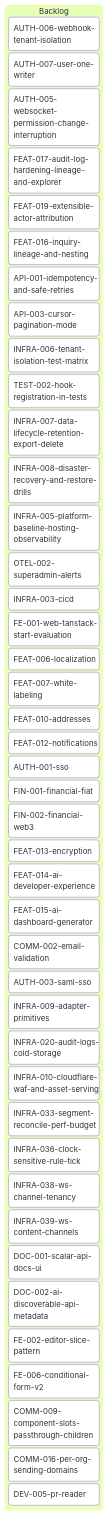
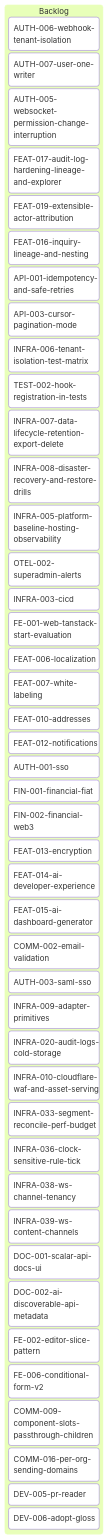
Before and after one commit to inixiative/template: the diagram in tickets/kanban-backlog.md, drawn with Mermaid. The commit also changed other lines of this file and 1 other file, not shown here.

Commit message:
tickets: DEV-006 adopt gloss in template, then Kingdom and Tribe
Aron 11-02: "we need to get the template under Gloss soon". Written from Zealot's
adoption (ZLT-4395) and its follow-ups: the vacuous gate (ZLT-4530), harvested
security constraints (ZLT-4610), a dangling dagger (ZLT-4617), lint at commit (ZLT-5945).

````diff
--- a/tickets/kanban-backlog.md
+++ b/tickets/kanban-backlog.md
@@ -3,51 +3,52 @@
 ```mermaid
 ---
 config:
   kanban:
     ticketBaseUrl: 'https://github.com/yourorg/template/blob/main/tickets/#TICKET#'
 ---
 kanban
   Backlog
     AUTH-006-webhook-tenant-isolation
     AUTH-007-user-one-writer
     AUTH-005-websocket-permission-change-interruption
     FEAT-017-audit-log-hardening-lineage-and-explorer
     FEAT-019-extensible-actor-attribution
     FEAT-016-inquiry-lineage-and-nesting
     API-001-idempotency-and-safe-retries
     API-003-cursor-pagination-mode
     INFRA-006-tenant-isolation-test-matrix
     TEST-002-hook-registration-in-tests
     INFRA-007-data-lifecycle-retention-export-delete
     INFRA-008-disaster-recovery-and-restore-drills
     INFRA-005-platform-baseline-hosting-observability
     OTEL-002-superadmin-alerts
     INFRA-003-cicd
     FE-001-web-tanstack-start-evaluation
     FEAT-006-localization
     FEAT-007-white-labeling
     FEAT-010-addresses
     FEAT-012-notifications
     AUTH-001-sso
     FIN-001-financial-fiat
     FIN-002-financial-web3
     FEAT-013-encryption
     FEAT-014-ai-developer-experience
     FEAT-015-ai-dashboard-generator
     COMM-002-email-validation
     AUTH-003-saml-sso
     INFRA-009-adapter-primitives
     INFRA-020-audit-logs-cold-storage
     INFRA-010-cloudflare-waf-and-asset-serving
     INFRA-033-segment-reconcile-perf-budget
     INFRA-036-clock-sensitive-rule-tick
     INFRA-038-ws-channel-tenancy
     INFRA-039-ws-content-channels
     DOC-001-scalar-api-docs-ui
     DOC-002-ai-discoverable-api-metadata
     FE-002-editor-slice-pattern
     FE-006-conditional-form-v2
     COMM-009-component-slots-passthrough-children
     COMM-016-per-org-sending-domains
     DEV-005-pr-reader
+    DEV-006-adopt-gloss
 ```
````
